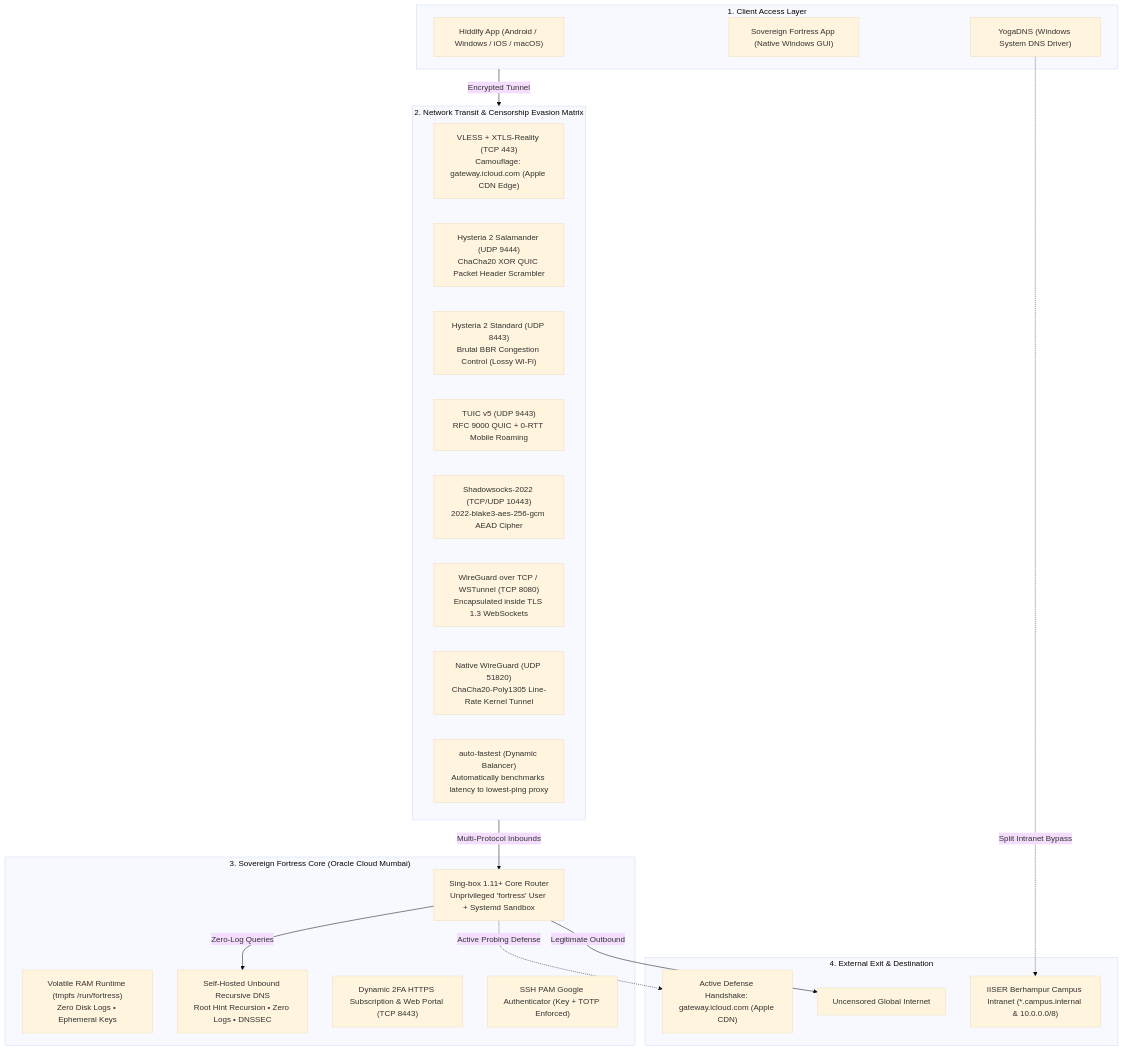
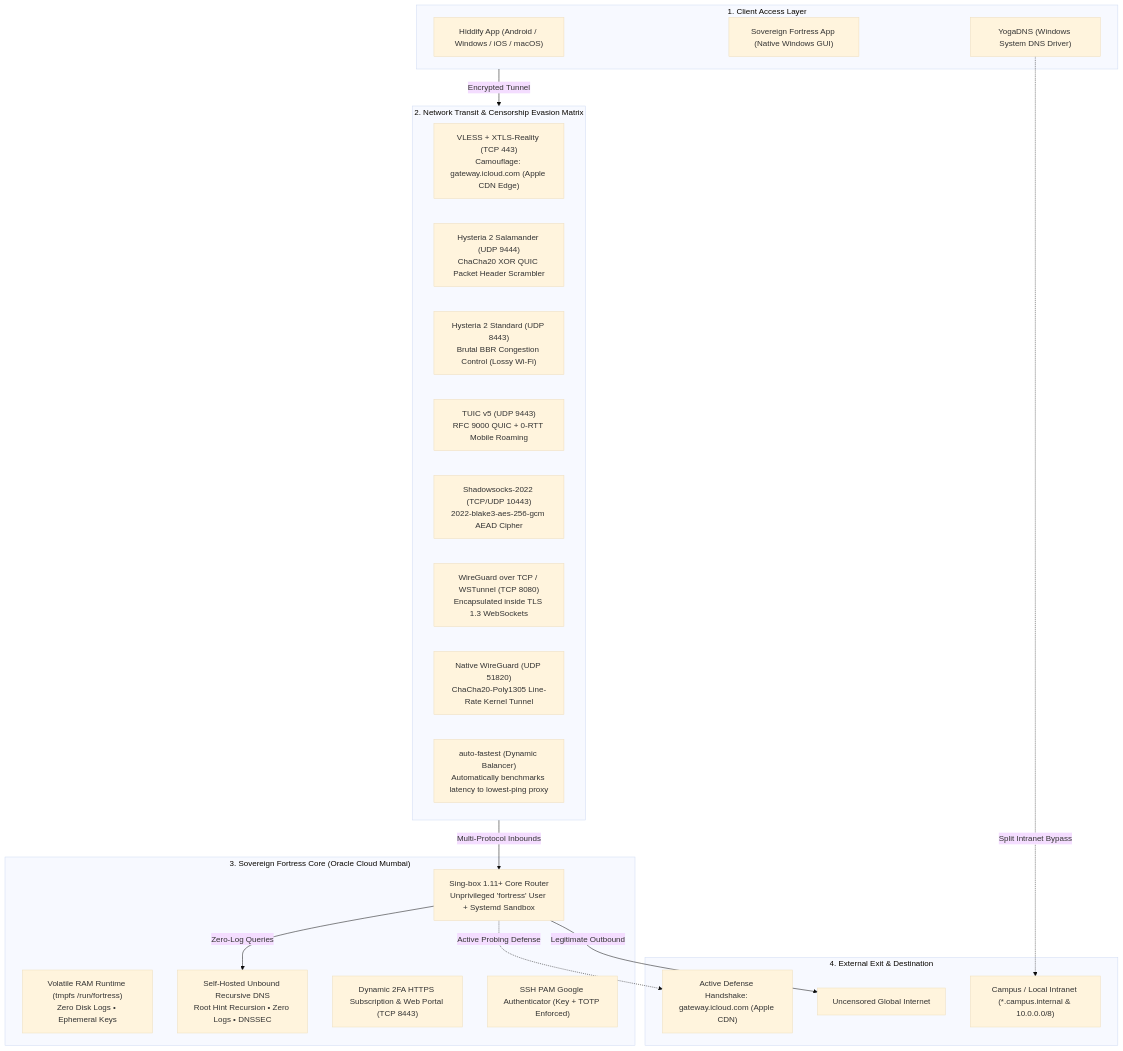
The first of 3 diagrams in README.md (harsh593-boop/sovereign-fortress), drawn with Mermaid (base theme) before and after one commit. The commit also changed 8 other files, not shown here.

````diff
--- a/README.md
+++ b/README.md
@@ -20,40 +20,40 @@
 ```mermaid
 flowchart TD
     subgraph ClientLayer["1. Client Access Layer"]
         Hiddify["Hiddify App (Android / Windows / iOS / macOS)"]
         NativeApp["Sovereign Fortress App (Native Windows GUI)"]
         YogaDNS["YogaDNS (Windows System DNS Driver)"]
     end
 
     subgraph DefenseGrid["2. Network Transit & Censorship Evasion Matrix"]
         Reality["VLESS + XTLS-Reality (TCP 443)\nCamouflage: gateway.icloud.com (Apple CDN Edge)"]
         Salamander["Hysteria 2 Salamander (UDP 9444)\nChaCha20 XOR QUIC Packet Header Scrambler"]
         Hy2Std["Hysteria 2 Standard (UDP 8443)\nBrutal BBR Congestion Control (Lossy Wi-Fi)"]
         TUIC["TUIC v5 (UDP 9443)\nRFC 9000 QUIC + 0-RTT Mobile Roaming"]
         Shadowsocks["Shadowsocks-2022 (TCP/UDP 10443)\n2022-blake3-aes-256-gcm AEAD Cipher"]
         WSTunnel["WireGuard over TCP / WSTunnel (TCP 8080)\nEncapsulated inside TLS 1.3 WebSockets"]
         NativeWG["Native WireGuard (UDP 51820)\nChaCha20-Poly1305 Line-Rate Kernel Tunnel"]
         AutoFast["auto-fastest (Dynamic Balancer)\nAutomatically benchmarks latency to lowest-ping proxy"]
     end
 
     subgraph CoreEngine["3. Sovereign Fortress Core (Oracle Cloud Mumbai)"]
         RAMFS["Volatile RAM Runtime (tmpfs /run/fortress)\nZero Disk Logs • Ephemeral Keys"]
         Singbox["Sing-box 1.11+ Core Router\nUnprivileged 'fortress' User + Systemd Sandbox"]
         Unbound["Self-Hosted Unbound Recursive DNS\nRoot Hint Recursion • Zero Logs • DNSSEC"]
         SubDaemon["Dynamic 2FA HTTPS Subscription & Web Portal (TCP 8443)"]
         PAM2FA["SSH PAM Google Authenticator (Key + TOTP Enforced)"]
     end
 
     subgraph InternetExit["4. External Exit & Destination"]
         Decoy["Active Defense Handshake: gateway.icloud.com (Apple CDN)"]
         PublicWeb["Uncensored Global Internet"]
-        CampusLAN["IISER Berhampur Campus Intranet (*.campus.internal & 10.0.0.0/8)"]
+        CampusLAN["Campus / Local Intranet (*.campus.internal & 10.0.0.0/8)"]
     end
 
     ClientLayer -->|Encrypted Tunnel| DefenseGrid
     YogaDNS -.->|Split Intranet Bypass| CampusLAN
     DefenseGrid -->|Multi-Protocol Inbounds| Singbox
     Singbox -->|Zero-Log Queries| Unbound
     Singbox -->|Legitimate Outbound| PublicWeb
     Singbox -.->|Active Probing Defense| Decoy
 ```
````
